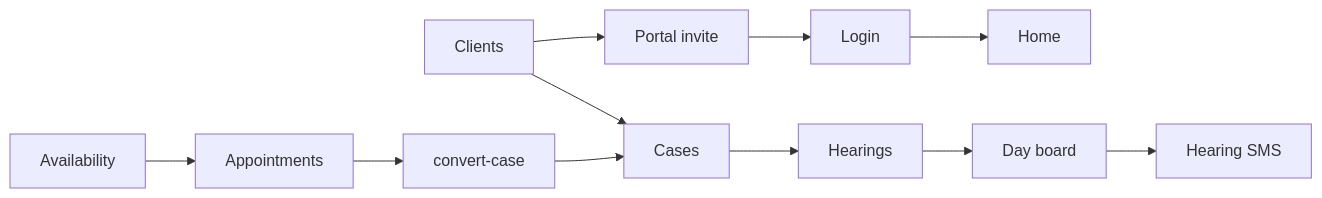
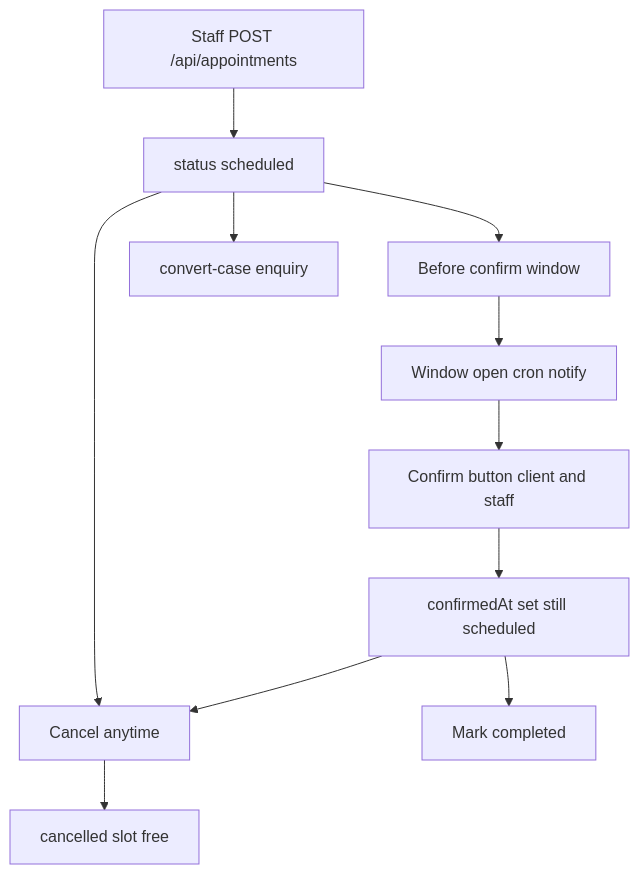
One commit to psmpasupathi009/mlf changed the fourth of 6 diagrams in docs/mlf flows/README.md. Above: the diagram before and after it, drawn with Mermaid. The commit also changed other lines of this file and 52 other files, not shown here.

````diff
--- a/docs/mlf flows/README.md
+++ b/docs/mlf flows/README.md
@@ -80,13 +160,13 @@
 ```mermaid
-flowchart LR
-  login["Login"] --> home["Home"]
-  clients["Clients"] --> cases["Cases"]
-  cases --> hearings["Hearings"]
-  hearings --> diary["Day board"]
-  diary --> sms["Hearing SMS"]
-  avail["Availability"] --> appts["Appointments"]
-  appts --> convert["convert-case"]
-  convert --> cases
-  clients --> portal["Portal invite"]
-  portal --> login
+flowchart TD
+  book["Staff POST /api/appointments"] --> scheduled["status scheduled"]
+  scheduled --> wait["Before confirm window"]
+  wait --> window["Window open cron notify"]
+  window --> confirmBtn["Confirm button client and staff"]
+  confirmBtn --> confirmed["confirmedAt set still scheduled"]
+  scheduled --> cancel["Cancel anytime"]
+  confirmed --> cancel
+  cancel --> free["cancelled slot free"]
+  confirmed --> done["Mark completed"]
+  scheduled --> convert["convert-case enquiry"]
 ```
````
